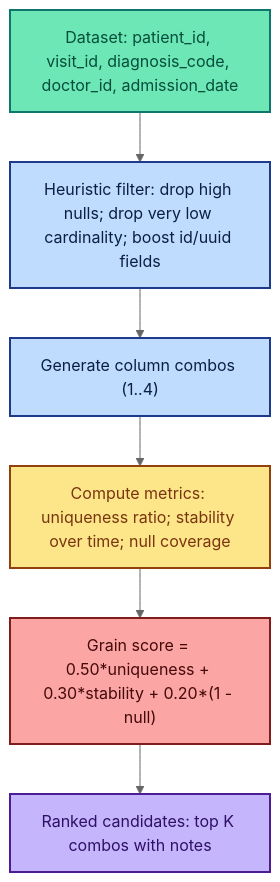
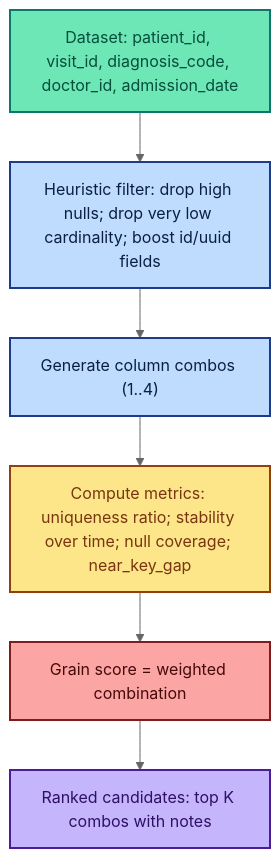
Before and after one commit to yogiadi/keysense-pyspark: the first of 2 diagrams in README.md, drawn with Mermaid (neutral theme). The commit also changed other lines of this file, not shown here.

````diff
--- a/README.md
+++ b/README.md
@@ -70,19 +104,17 @@
 ```mermaid
-
 flowchart TD
     A["Dataset: patient_id, visit_id, diagnosis_code, doctor_id, admission_date"]:::src
     B["Heuristic filter: drop high nulls; drop very low cardinality; boost id/uuid fields"]:::step
     C["Generate column combos (1..4)"]:::step
-    D["Compute metrics: uniqueness ratio; stability over time; null coverage"]:::metric
-    E["Grain score = 0.50*uniqueness + 0.30*stability + 0.20*(1 - null)"]:::score
+    D["Compute metrics: uniqueness ratio; stability over time; null coverage; near_key_gap"]:::metric
+    E["Grain score = weighted combination"]:::score
     F["Ranked candidates: top K combos with notes"]:::out
 
     A --> B --> C --> D --> E --> F
 
     classDef src fill:#6EE7B7,stroke:#0F766E,stroke-width:2px,color:#064E3B;
     classDef step fill:#BFDBFE,stroke:#1E3A8A,stroke-width:2px,color:#0B1F44;
     classDef metric fill:#FDE68A,stroke:#92400E,stroke-width:2px,color:#78350F;
     classDef score fill:#FCA5A5,stroke:#7F1D1D,stroke-width:2px,color:#450A0A;
     classDef out fill:#C4B5FD,stroke:#4C1D95,stroke-width:2px,color:#2E1065;
-
 ```
````
